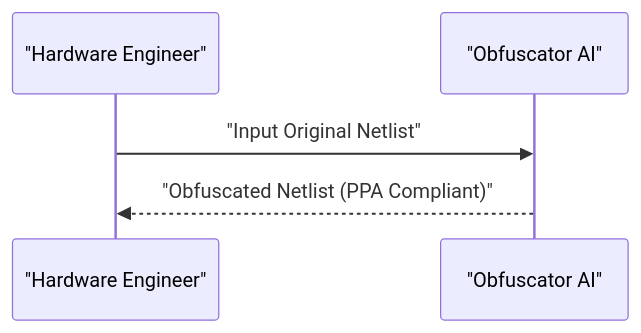
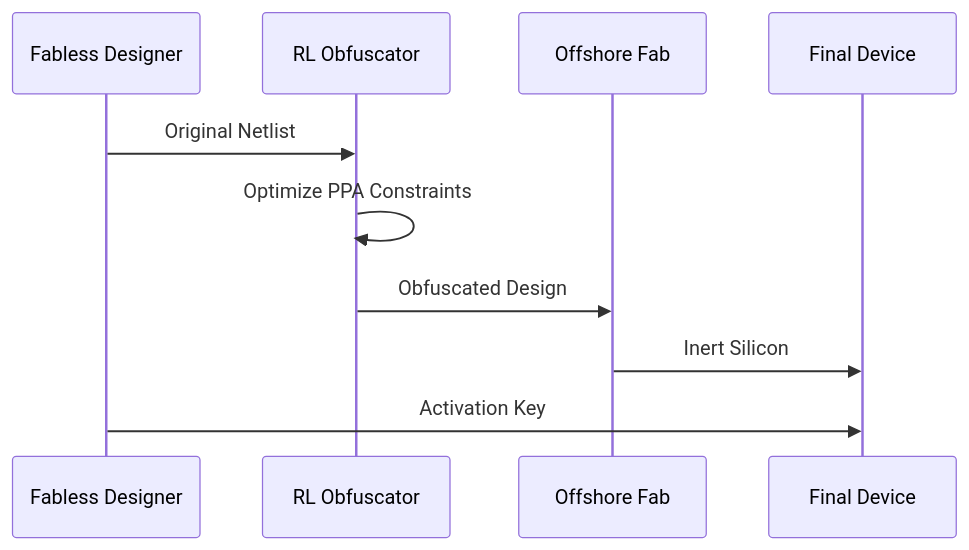
Before and after one commit to flouzzy/top-100-ai-startup-ideas: the second of 2 diagrams in archive/llm-hardware-obfuscator/README.md, drawn with Mermaid. The commit also changed other lines of this file and 56 other files, not shown here.

````diff
--- a/archive/llm-hardware-obfuscator/README.md
+++ b/archive/llm-hardware-obfuscator/README.md
@@ -37,7 +39,12 @@
 ```mermaid
 sequenceDiagram
-    participant U as "Hardware Engineer"
-    participant S as "Obfuscator AI"
-    U->>S: "Input Original Netlist"
-    S-->>U: "Obfuscated Netlist (PPA Compliant)"
+    participant Designer as Fabless Designer
+    participant AI as RL Obfuscator
+    participant Foundry as Offshore Fab
+    participant EndUser as Final Device
+    Designer->>AI: Original Netlist
+    AI->>AI: Optimize PPA Constraints
+    AI->>Foundry: Obfuscated Design
+    Foundry->>EndUser: Inert Silicon
+    Designer->>EndUser: Activation Key
 ```
````
